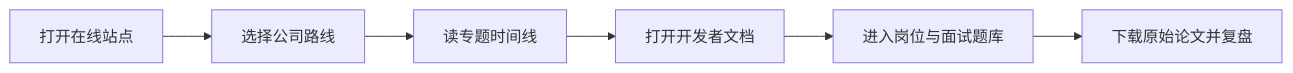
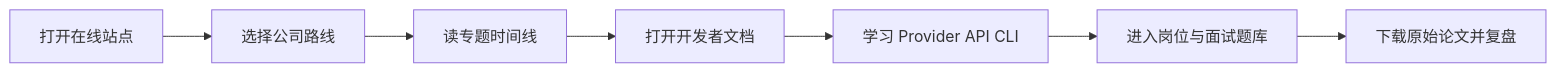
The diagram in README.md (Harzva/ChinaAI-Roadmaps), drawn with Mermaid before and after one commit. The commit also changed other lines of this file and 32 other files, not shown here.

Commit message:
Add Provider API CLI docs portal

````diff
--- a/README.md
+++ b/README.md
@@ -57,8 +60,9 @@
 ```mermaid
 flowchart LR
     A["打开在线站点"] --> B["选择公司路线"]
     B --> C["读专题时间线"]
     C --> D["打开开发者文档"]
-    D --> E["进入岗位与面试题库"]
-    E --> F["下载原始论文并复盘"]
+    D --> E["学习 Provider API CLI"]
+    E --> F["进入岗位与面试题库"]
+    F --> G["下载原始论文并复盘"]
 ```
````
